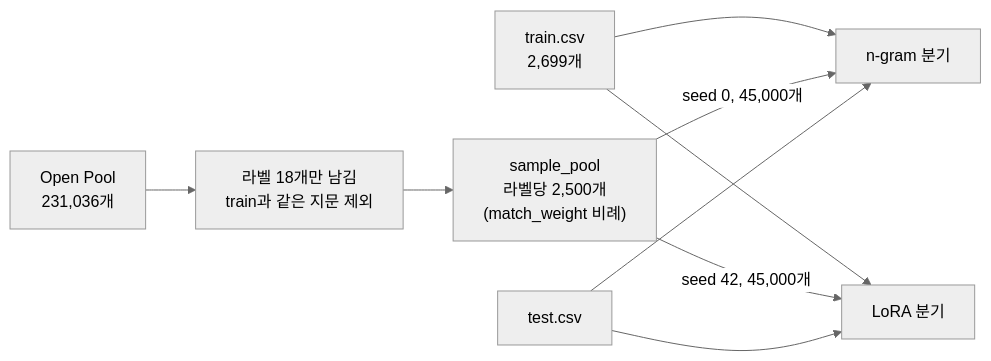
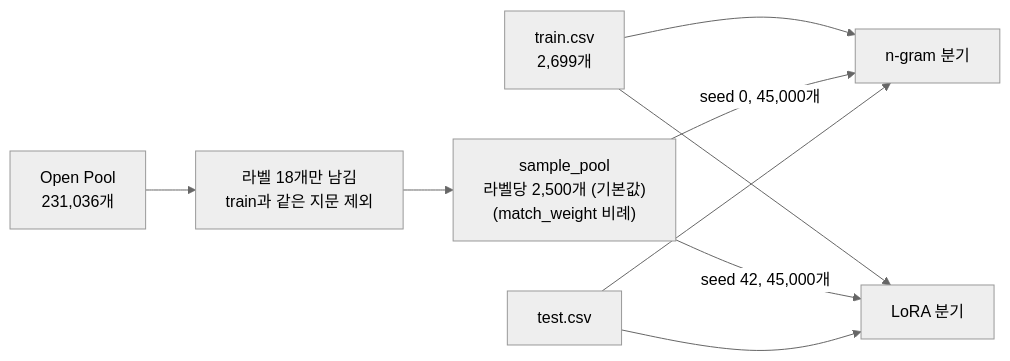
Before and after one commit to Lee-Jungwoo/name-that-llm: the diagram in docs/01_datasets.md, drawn with Mermaid (neutral theme). The commit also changed other lines of this file and 13 other files, not shown here.

````diff
--- a/docs/01_datasets.md
+++ b/docs/01_datasets.md
@@ -20,11 +20,11 @@
 ```mermaid
 flowchart LR
     T["train.csv<br/>2,699개"] --> NG["n-gram 분기"]
     T --> LO["LoRA 분기"]
     P["Open Pool<br/>231,036개"] --> D["라벨 18개만 남김<br/>train과 같은 지문 제외"]
-    D --> S["sample_pool<br/>라벨당 2,500개<br/>(match_weight 비례)"]
+    D --> S["sample_pool<br/>라벨당 2,500개 (기본값)<br/>(match_weight 비례)"]
     S -->|"seed 0, 45,000개"| NG
     S -->|"seed 42, 45,000개"| LO
     X["test.csv"] --> NG
     X --> LO
 ```
````
